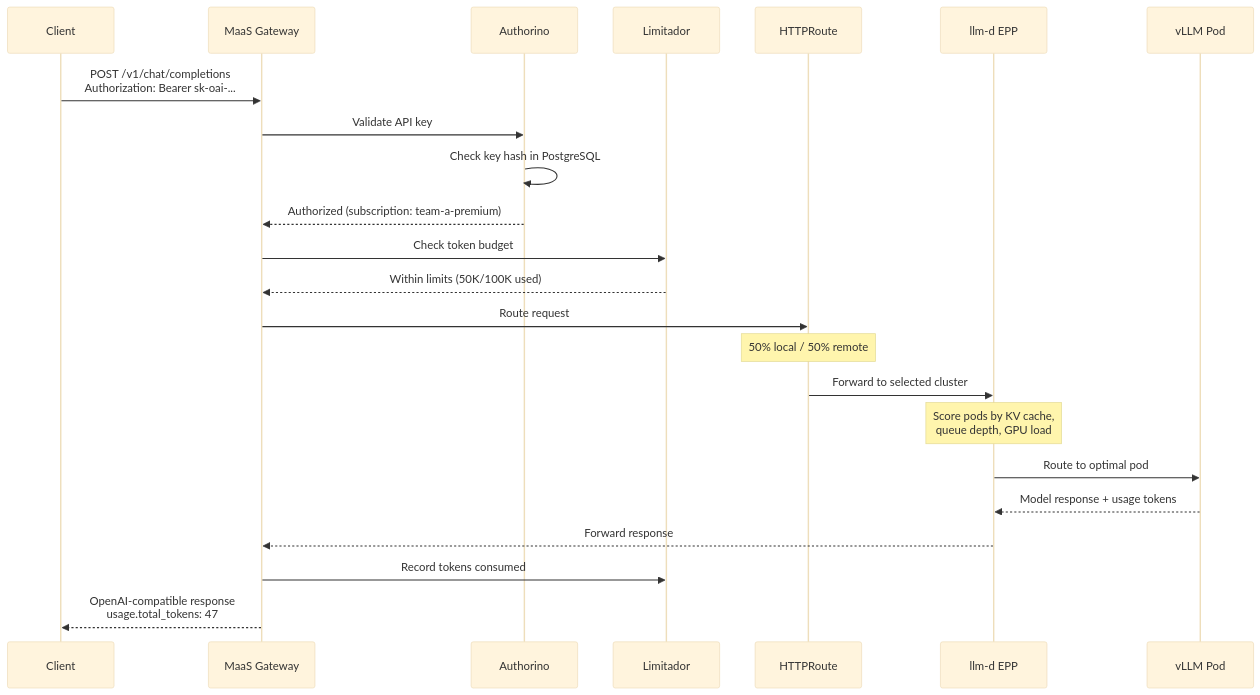
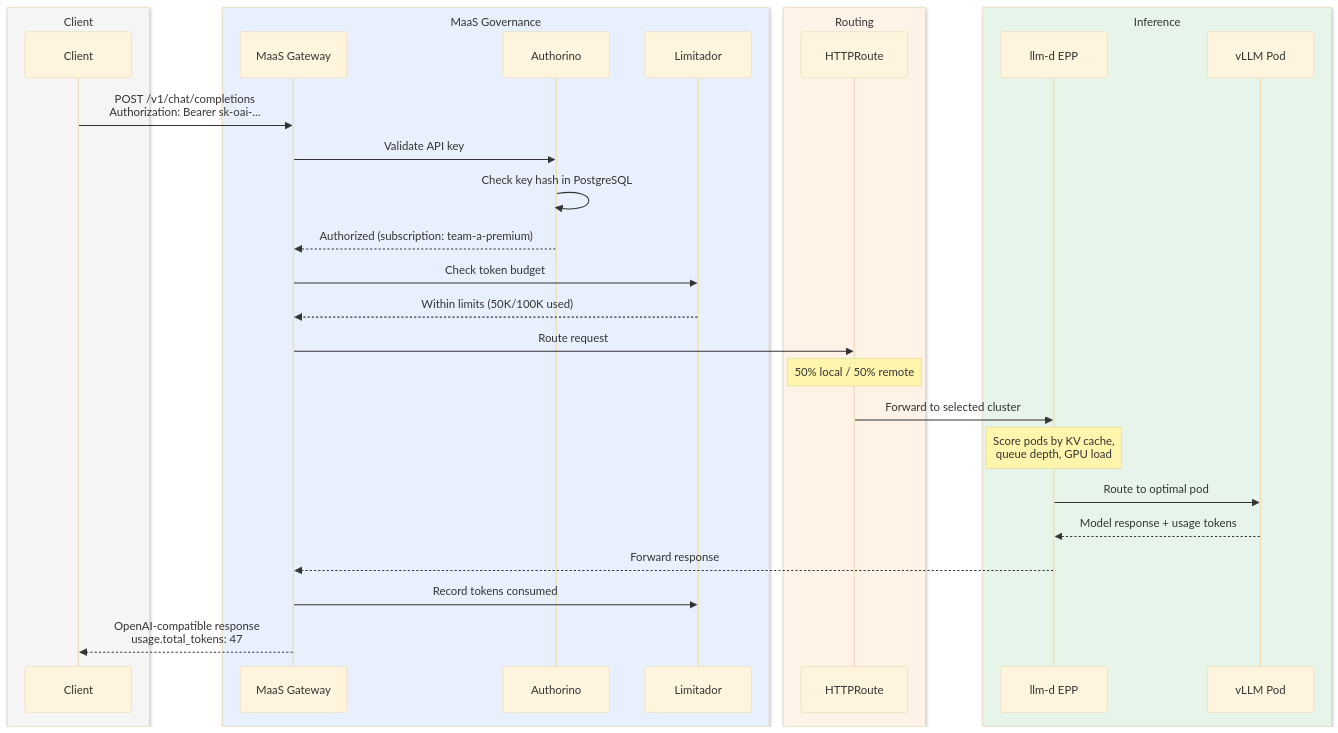
Before and after one commit to rrbanda/maas-demo: the second of 3 diagrams in docs/customer2-demo-narrative.md, drawn with Mermaid (base theme). The commit also changed other lines of this file, not shown here.

First line of the commit message:
Add professional color styling to all mermaid diagrams

````diff
--- a/docs/customer2-demo-narrative.md
+++ b/docs/customer2-demo-narrative.md
@@ -146,26 +153,34 @@
 ```mermaid
 sequenceDiagram
-    participant C as Client
-    participant GW as MaaS Gateway
-    participant A as Authorino
-    participant L as Limitador
-    participant HR as HTTPRoute
-    participant EPP as llm-d EPP
-    participant V as vLLM Pod
+    box rgb(245,245,245) Client
+        participant C as Client
+    end
+    box rgb(232,240,254) MaaS Governance
+        participant GW as MaaS Gateway
+        participant A as Authorino
+        participant L as Limitador
+    end
+    box rgb(254,243,230) Routing
+        participant HR as HTTPRoute
+    end
+    box rgb(230,244,234) Inference
+        participant EPP as llm-d EPP
+        participant V as vLLM Pod
+    end
 
     C->>GW: POST /v1/chat/completions<br/>Authorization: Bearer sk-oai-...
     GW->>A: Validate API key
     A->>A: Check key hash in PostgreSQL
     A-->>GW: Authorized (subscription: team-a-premium)
     GW->>L: Check token budget
     L-->>GW: Within limits (50K/100K used)
     GW->>HR: Route request
     Note over HR: 50% local / 50% remote
     HR->>EPP: Forward to selected cluster
     Note over EPP: Score pods by KV cache,<br/>queue depth, GPU load
     EPP->>V: Route to optimal pod
     V-->>EPP: Model response + usage tokens
     EPP-->>GW: Forward response
     GW->>L: Record tokens consumed
     GW-->>C: OpenAI-compatible response<br/>usage.total_tokens: 47
 ```
````
